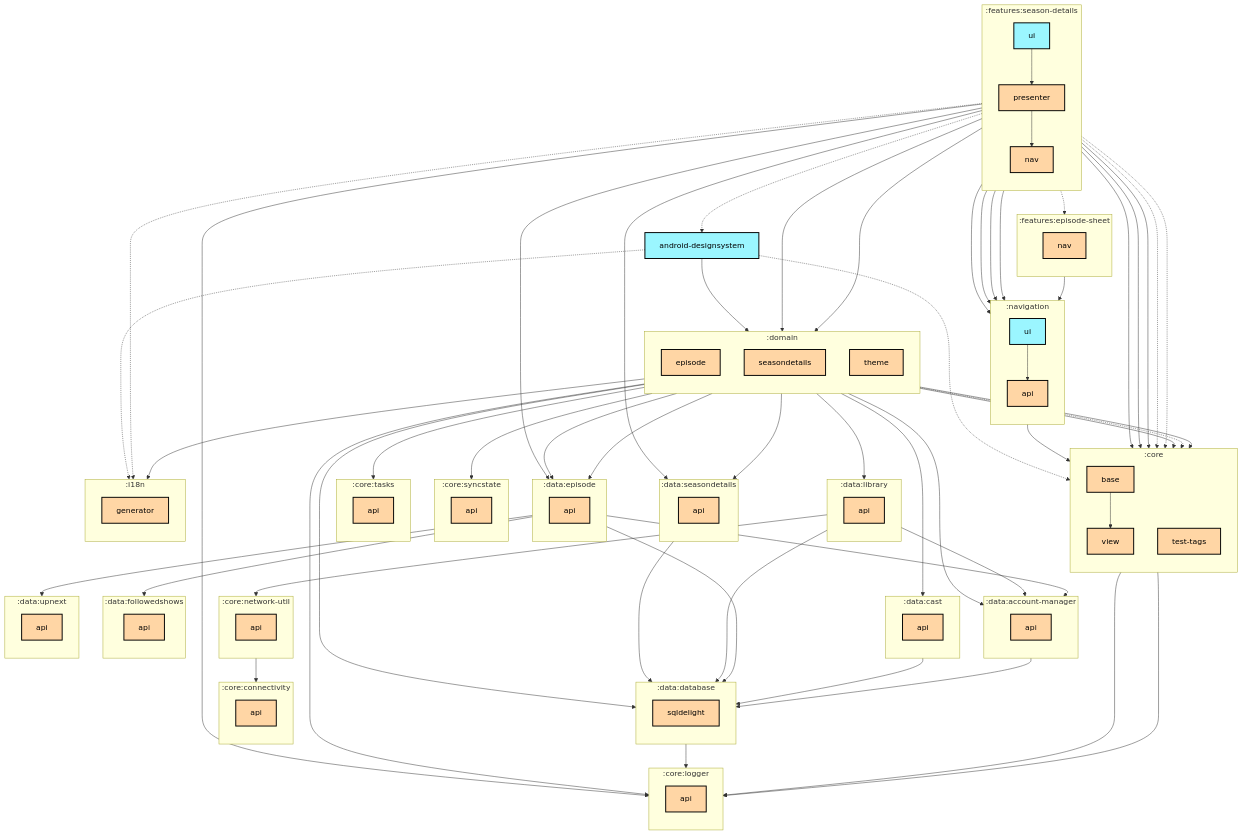
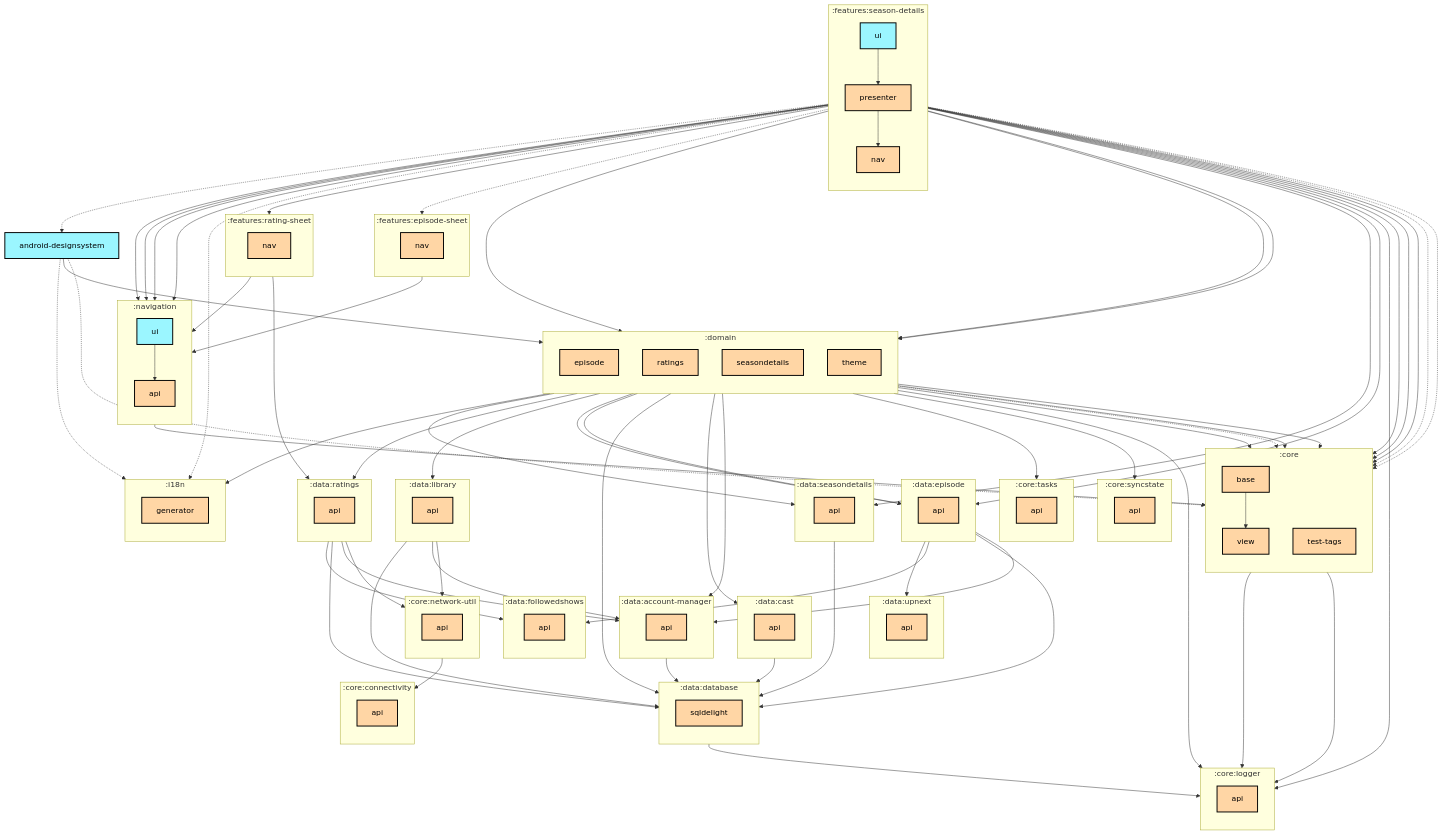
One commit to thomaskioko/tv-maniac changed the first of 2 diagrams in features/season-details/ui/README.md. Above: the diagram before and after it, drawn with Mermaid. The commit also changed 9 other files, not shown here.

Commit message:
🤖 Update module graphs

```diff
--- a/features/season-details/ui/README.md
+++ b/features/season-details/ui/README.md
@@ -56,6 +56,10 @@
     direction TB
     :data:library:api[api]:::multiplatform
   end
+  subgraph :data:ratings
+    direction TB
+    :data:ratings:api[api]:::multiplatform
+  end
   subgraph :data:seasondetails
     direction TB
     :data:seasondetails:api[api]:::multiplatform
@@ -67,12 +71,17 @@
   subgraph :domain
     direction TB
     :domain:episode[episode]:::multiplatform
+    :domain:ratings[ratings]:::multiplatform
     :domain:seasondetails[seasondetails]:::multiplatform
     :domain:theme[theme]:::multiplatform
   end
   subgraph :features:episode-sheet
     direction TB
     :features:episode-sheet:nav[nav]:::multiplatform
+  end
+  subgraph :features:rating-sheet
+    direction TB
+    :features:rating-sheet:nav[nav]:::multiplatform
   end
   subgraph :features:season-details
     direction TB
@@ -107,6 +116,10 @@
   :data:library:api --> :core:network-util:api
   :data:library:api --> :data:account-manager:api
   :data:library:api --> :data:database:sqldelight
+  :data:ratings:api --> :core:network-util:api
+  :data:ratings:api --> :data:account-manager:api
+  :data:ratings:api --> :data:database:sqldelight
+  :data:ratings:api --> :data:followedshows:api
   :data:seasondetails:api --> :data:database:sqldelight
   :domain:episode --> :core:base
   :domain:episode --> :core:logger:api
@@ -117,12 +130,16 @@
   :domain:episode --> :data:database:sqldelight
   :domain:episode --> :data:episode:api
   :domain:episode --> :data:library:api
+  :domain:ratings --> :core:base
+  :domain:ratings --> :data:ratings:api
   :domain:seasondetails --> :core:base
   :domain:seasondetails --> :data:cast:api
   :domain:seasondetails --> :data:episode:api
   :domain:seasondetails --> :data:seasondetails:api
   :domain:theme --> :i18n:generator
   :features:episode-sheet:nav --> :navigation:api
+  :features:rating-sheet:nav --> :data:ratings:api
+  :features:rating-sheet:nav --> :navigation:api
   :features:season-details:nav --> :navigation:api
   :features:season-details:presenter --> :core:base
   :features:season-details:presenter --> :core:logger:api
@@ -130,8 +147,10 @@
   :features:season-details:presenter --> :data:episode:api
   :features:season-details:presenter --> :data:seasondetails:api
   :features:season-details:presenter --> :domain:episode
+  :features:season-details:presenter --> :domain:ratings
   :features:season-details:presenter --> :domain:seasondetails
   :features:season-details:presenter -.-> :features:episode-sheet:nav
+  :features:season-details:presenter --> :features:rating-sheet:nav
   :features:season-details:presenter --> :features:season-details:nav
   :features:season-details:presenter --> :navigation:api
   :features:season-details:ui -.-> :android-designsystem
```
